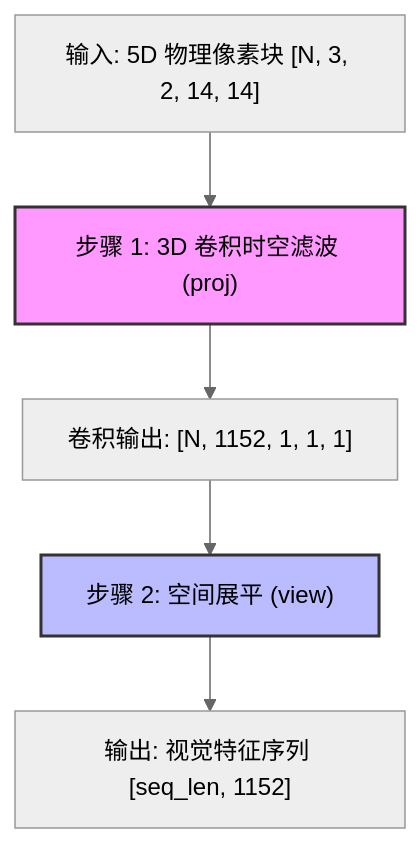
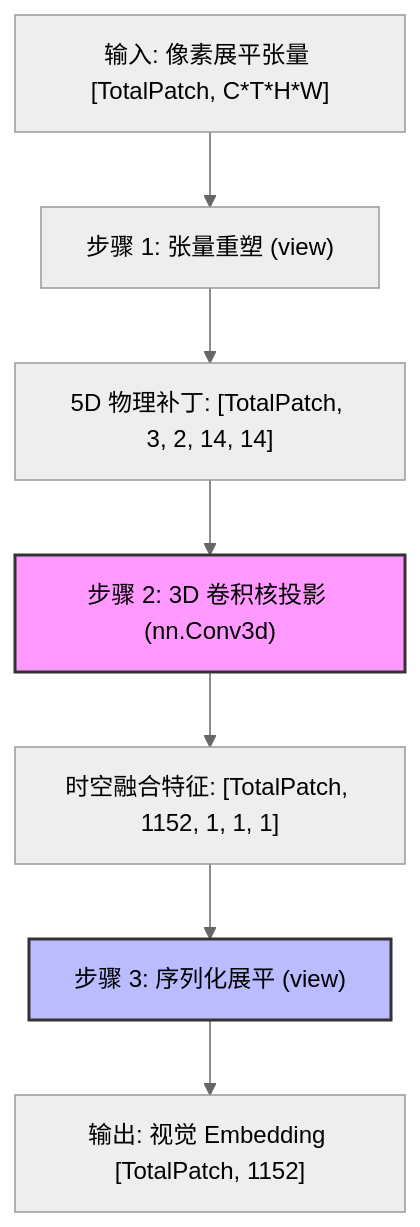
Before and after one commit to pokemonAndCodeMaster/llm_knowledge_base: the diagram in wiki/concepts/conv3d_时空切块器.md, drawn with Mermaid (neutral theme). The commit also changed other lines of this file, not shown here.

````diff
--- a/wiki/concepts/conv3d_时空切块器.md
+++ b/wiki/concepts/conv3d_时空切块器.md
@@ -19,10 +21,12 @@
 ```mermaid
 graph TD
-    A["输入: 5D 物理像素块 [N, 3, 2, 14, 14]"] --> B["步骤 1: 3D 卷积时空滤波 (proj)"]
-    B --> C["卷积输出: [N, 1152, 1, 1, 1]"]
-    C --> D["步骤 2: 空间展平 (view)"]
-    D --> E["输出: 视觉特征序列 [seq_len, 1152]"]
+    A["输入: 像素展平张量 [TotalPatch, C*T*H*W]"] --> B["步骤 1: 张量重塑 (view)"]
+    B --> C["5D 物理补丁: [TotalPatch, 3, 2, 14, 14]"]
+    C --> D["步骤 2: 3D 卷积核投影 (nn.Conv3d)"]
+    D --> E["时空融合特征: [TotalPatch, 1152, 1, 1, 1]"]
+    E --> F["步骤 3: 序列化展平 (view)"]
+    F --> G["输出: 视觉 Embedding [TotalPatch, 1152]"]
     
-    style B fill:#f9f,stroke:#333,stroke-width:2px
-    style D fill:#bbf,stroke:#333,stroke-width:2px
+    style D fill:#f9f,stroke:#333,stroke-width:2px
+    style F fill:#bbf,stroke:#333,stroke-width:2px
 ```
````
